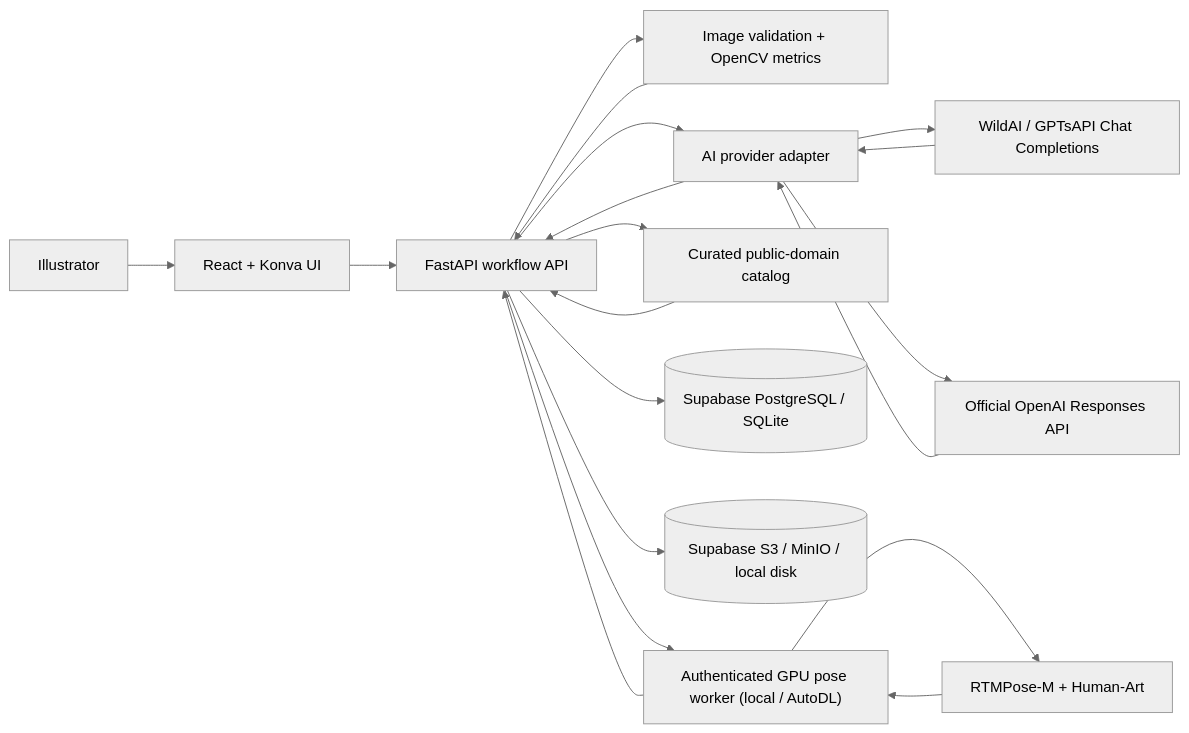
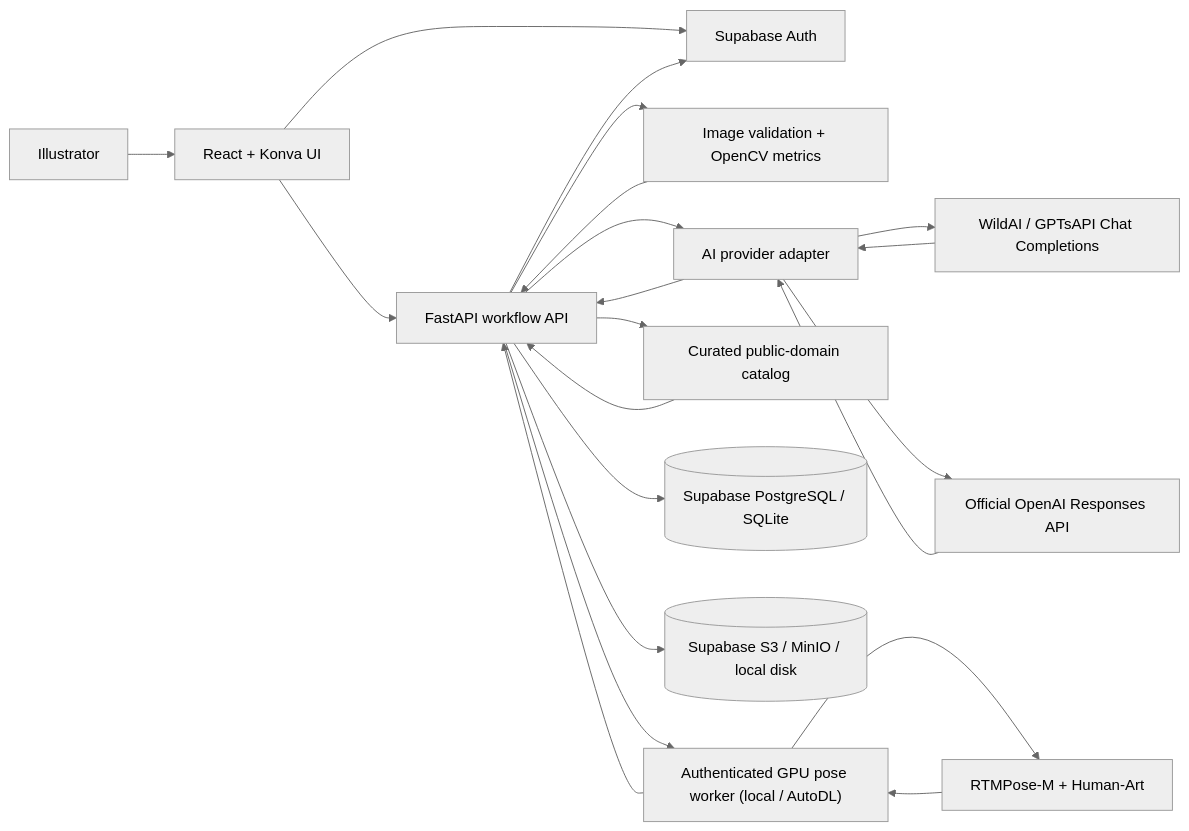
One commit to idnt1234/ArtMentor changed the diagram in docs/ARCHITECTURE.md. Above: the diagram before and after it, drawn with Mermaid (neutral theme). The commit also changed other lines of this file and 19 other files, not shown here.

````diff
--- a/docs/ARCHITECTURE.md
+++ b/docs/ARCHITECTURE.md
@@ -5,21 +5,23 @@
 ```mermaid
 flowchart LR
     U["Illustrator"] --> F["React + Konva UI"]
     F --> A["FastAPI workflow API"]
+    F --> AU["Supabase Auth"]
+    A --> AU
     A --> I["Image validation + OpenCV metrics"]
     A --> P["AI provider adapter"]
     P --> G["WildAI / GPTsAPI Chat Completions"]
     P --> O["Official OpenAI Responses API"]
     A --> R["Curated public-domain catalog"]
     A --> D[("Supabase PostgreSQL / SQLite")]
     A --> S[("Supabase S3 / MinIO / local disk")]
     A --> W["Authenticated GPU pose worker (local / AutoDL)"]
     W --> M["RTMPose-M + Human-Art"]
     G --> P
     O --> P
     P --> A
     I --> A
     R --> A
     M --> W
     W --> A
 ```
````
